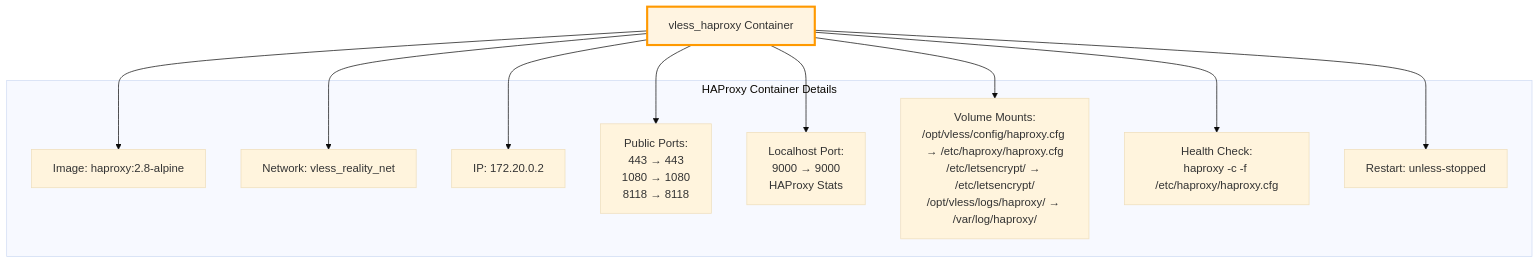
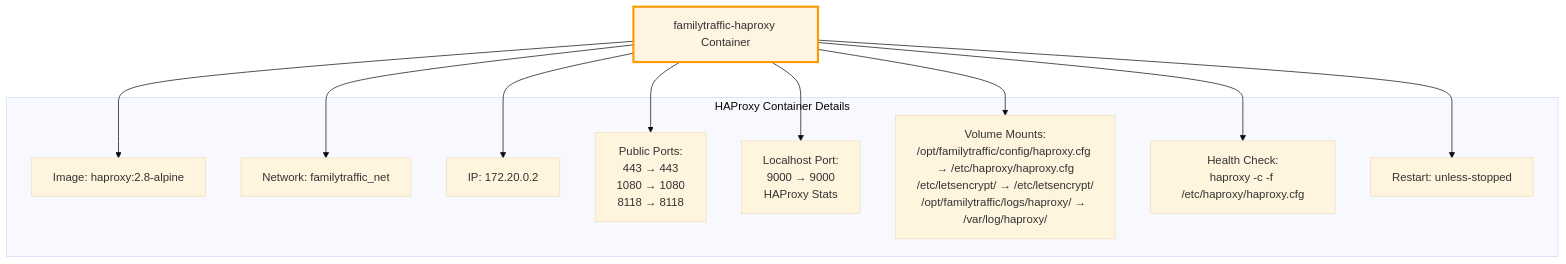
Before and after one commit to ikeniborn/vless: the second of 10 diagrams in docs/architecture/diagrams/deployment/docker-topology.md, drawn with Mermaid (base theme). The commit also changed other lines of this file and 66 other files, not shown here.

First line of the commit message:
refactor(rename): replace old project name 'vless' with 'familytraffic'

````diff
--- a/docs/architecture/diagrams/deployment/docker-topology.md
+++ b/docs/architecture/diagrams/deployment/docker-topology.md
@@ -87,30 +87,30 @@
 ```mermaid
 graph TB
-    HAProxyContainer[vless_haproxy Container]
+    HAProxyContainer[familytraffic-haproxy Container]
 
     subgraph "HAProxy Container Details"
         Image[Image: haproxy:2.8-alpine]
-        NetworkMode[Network: vless_reality_net]
+        NetworkMode[Network: familytraffic_net]
         IP[IP: 172.20.0.2]
 
         PublicPorts[Public Ports:<br/>443 → 443<br/>1080 → 1080<br/>8118 → 8118]
         LocalhostPort[Localhost Port:<br/>9000 → 9000<br/>HAProxy Stats]
 
-        Volumes[Volume Mounts:<br/>/opt/vless/config/haproxy.cfg → /etc/haproxy/haproxy.cfg<br/>/etc/letsencrypt/ → /etc/letsencrypt/<br/>/opt/vless/logs/haproxy/ → /var/log/haproxy/]
+        Volumes[Volume Mounts:<br/>/opt/familytraffic/config/haproxy.cfg → /etc/haproxy/haproxy.cfg<br/>/etc/letsencrypt/ → /etc/letsencrypt/<br/>/opt/familytraffic/logs/haproxy/ → /var/log/haproxy/]
 
         HealthCheck[Health Check:<br/>haproxy -c -f /etc/haproxy/haproxy.cfg]
 
         Restart[Restart: unless-stopped]
     end
 
     HAProxyContainer --> Image
     HAProxyContainer --> NetworkMode
     HAProxyContainer --> IP
     HAProxyContainer --> PublicPorts
     HAProxyContainer --> LocalhostPort
     HAProxyContainer --> Volumes
     HAProxyContainer --> HealthCheck
     HAProxyContainer --> Restart
 
     style HAProxyContainer fill:#fff4e1,stroke:#ff9900,stroke-width:3px
 ```
````
